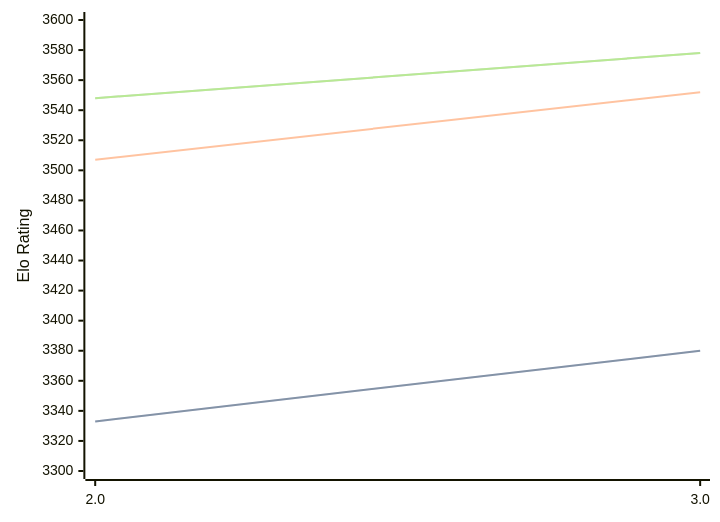
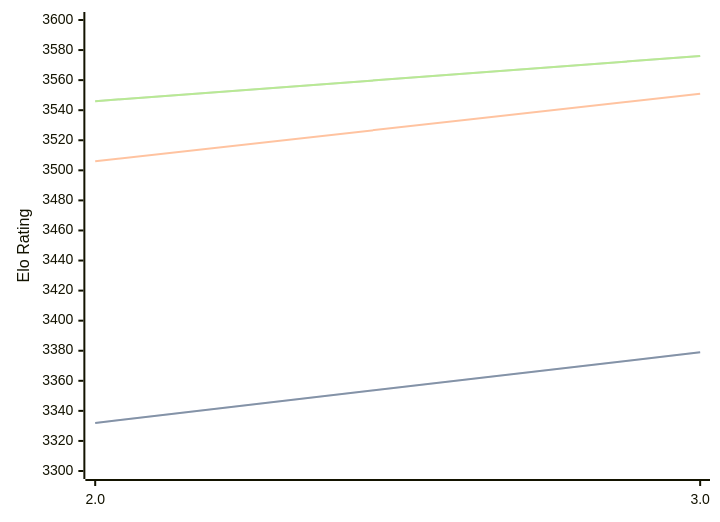
The diagram in engines/Quanticade.md (computer-chess-index/cci), drawn with Mermaid before and after one commit. The commit also changed other lines of this file, not shown here.

Commit message:
Update CCI Ratings (ELO VLTC) - 2026-04-26

````diff
--- a/engines/Quanticade.md
+++ b/engines/Quanticade.md
@@ -41,11 +41,11 @@
 ```mermaid
 %%{init: {"theme":"base","themeVariables":{"seriesColors:['#a3a3a3','#222221','#faa371']}}}%%
 xychart-beta
   x-axis ["2.0", "3.0"]
   y-axis "Elo Rating" 3300 --> 3600
-  line "STC (8.0+0.08s)" [3333, 3380]
-  line "STC (8.0+0.08s)" [3333, 3380]
-  line "LTC (60.0+0.60s)" [3507, 3552]
-  line "VLTC (2m24s+1.12s)" [3548, 3578]
-  line "VLTC (2m24s+1.12s)" [3548, 3578]
+  line "STC (8.0+0.08s)" [3332, 3379]
+  line "STC (8.0+0.08s)" [3332, 3379]
+  line "LTC (60.0+0.60s)" [3506, 3551]
+  line "VLTC (2m24s+1.12s)" [3546, 3576]
+  line "VLTC (2m24s+1.12s)" [3546, 3576]
 ```
````
